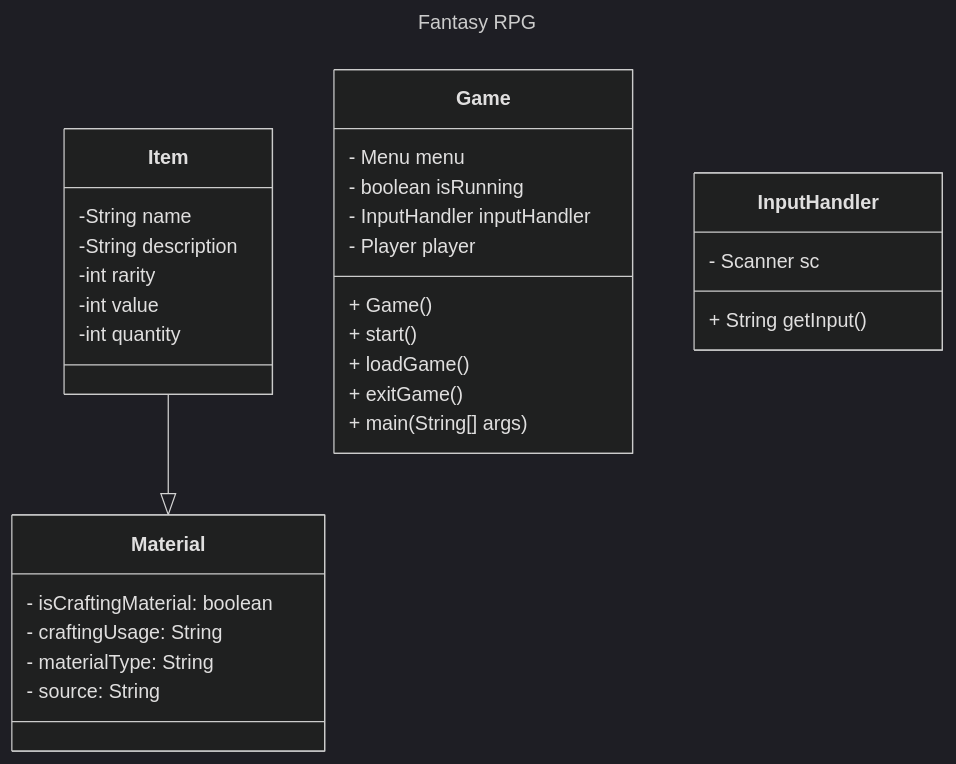
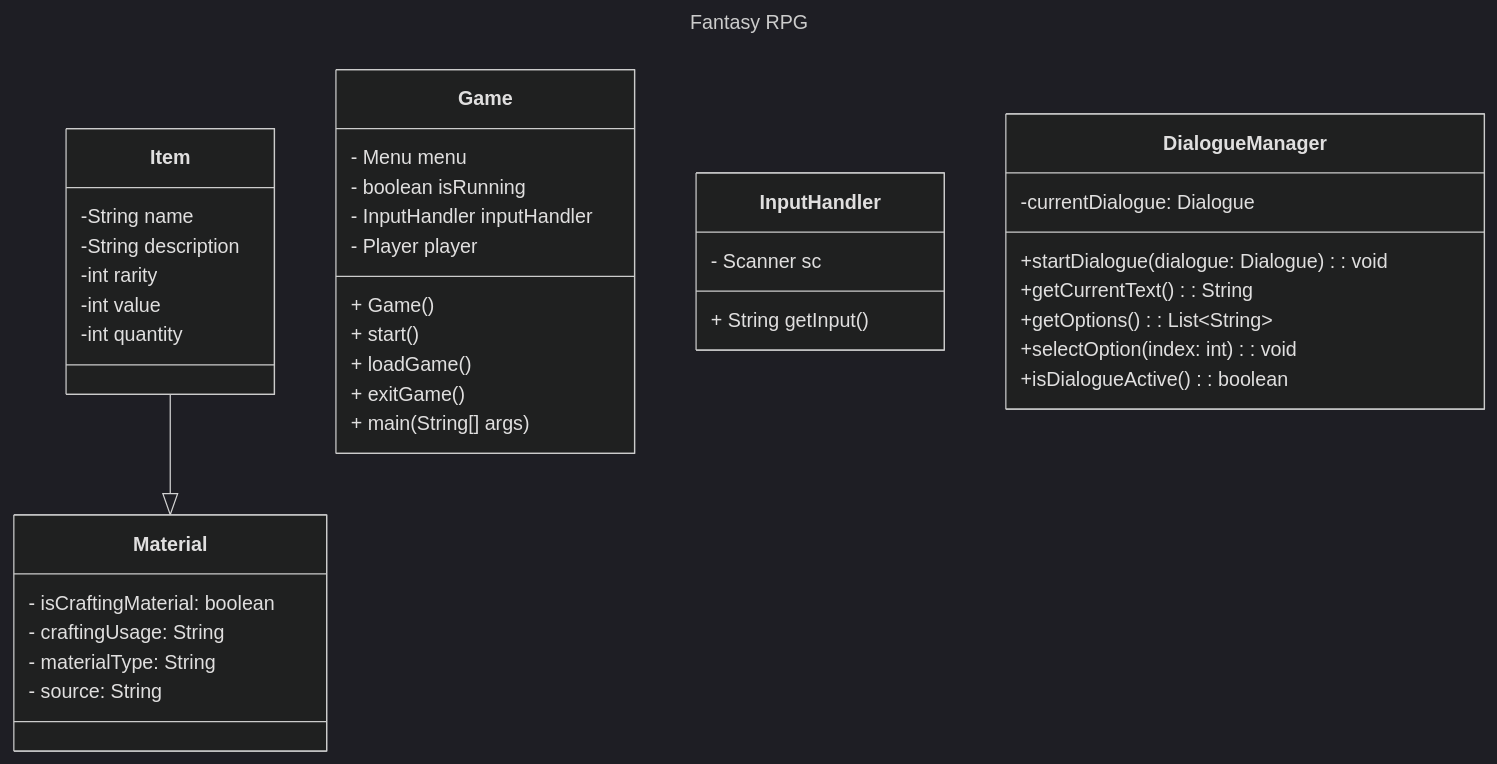
Before and after one commit to pacalso-jjc/2425-2nd-cc3-1b-rpg: the diagram in wiki/Class-Diagram.md, drawn with Mermaid (dark theme).

Commit message:
Added DialogueManager class

````diff
--- a/wiki/Class-Diagram.md
+++ b/wiki/Class-Diagram.md
@@ -1,38 +1,47 @@
 ```mermaid
 ---
 title: Fantasy RPG
 ---
 classDiagram
     Item --|> Material
     class Material {
         - isCraftingMaterial: boolean
         - craftingUsage: String
         - materialType: String
         - source: String
     }
 
     class Item{
         -String name
         -String description
         -int rarity
         -int value
         -int quantity
     }
 
     class Game{
         - Menu menu
         - boolean isRunning
         - InputHandler inputHandler
         - Player player
         + Game()
         + start()
         + loadGame()
         + exitGame()
         + main(String[] args)
     }
 
     class InputHandler{
         - Scanner sc
         + String getInput()
     }
+
+    class DialogueManager {
+        -currentDialogue: Dialogue
+        +startDialogue(dialogue: Dialogue): void
+        +getCurrentText(): String
+        +getOptions(): List~String~
+        +selectOption(index: int): void
+        +isDialogueActive(): boolean
+    }
 ```
````
